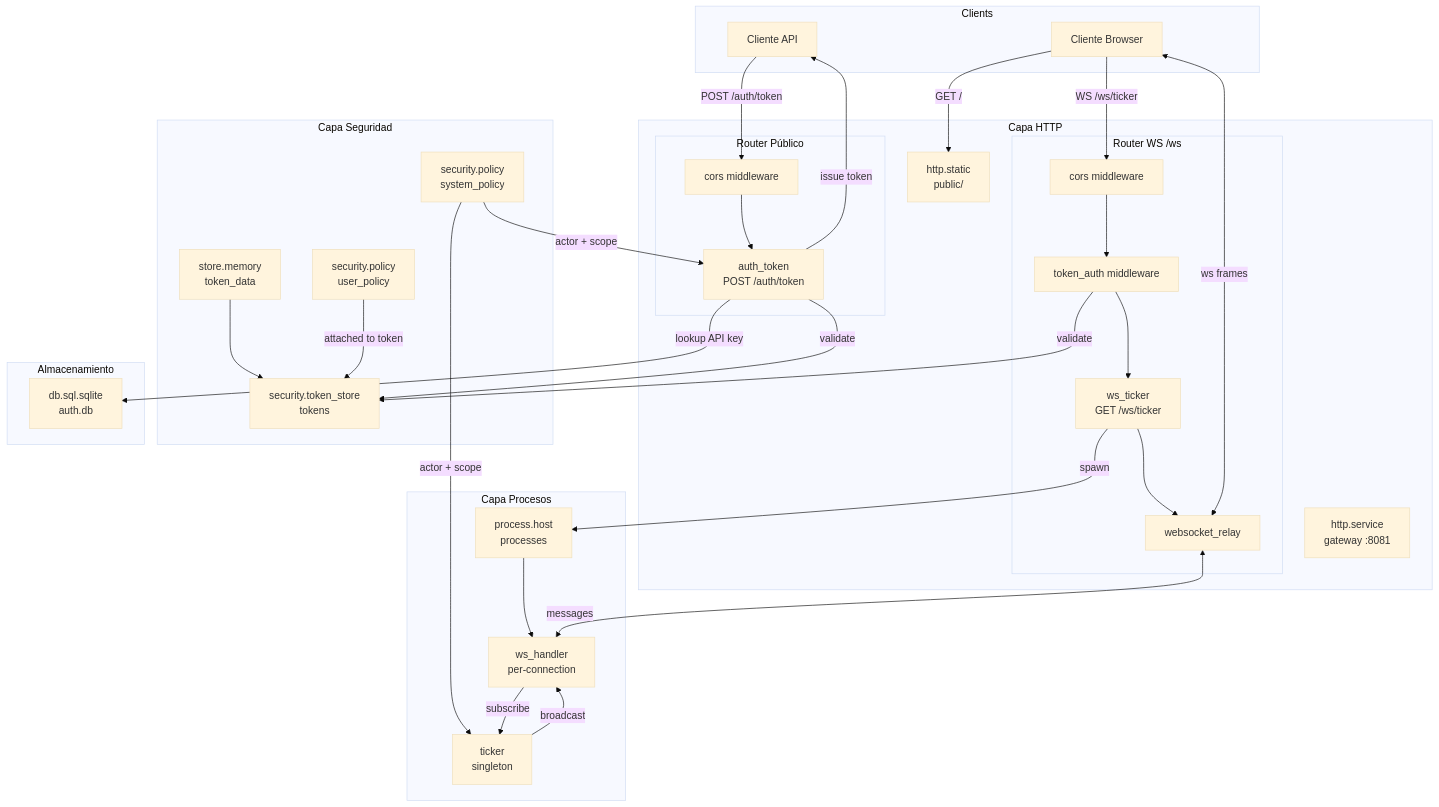
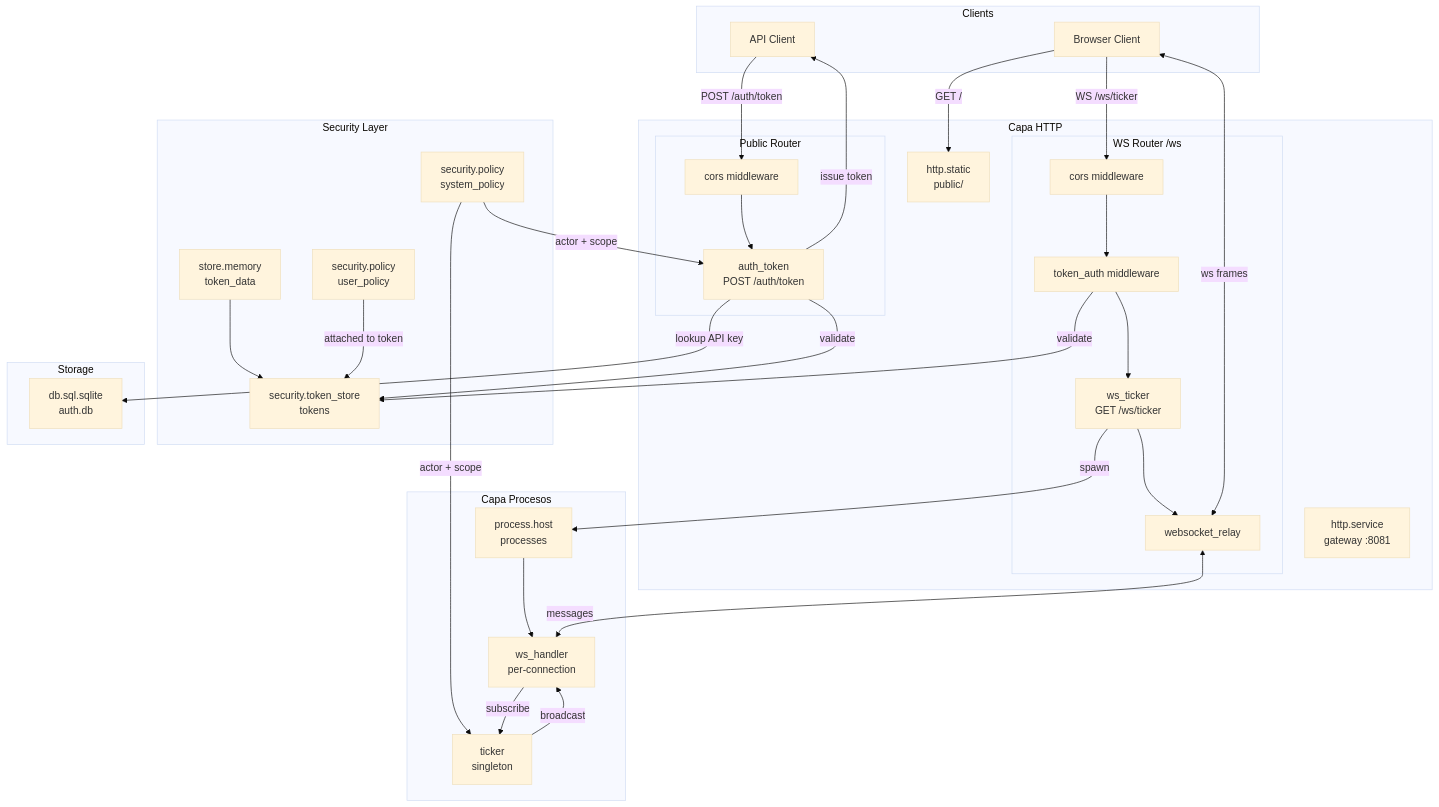
One commit to wippyai/docs changed the diagram in es/tutorials/auth.md. Above: the diagram before and after it, drawn with Mermaid (base theme). The commit also changed other lines of this file and 870 other files, not shown here.

````diff
--- a/es/tutorials/auth.md
+++ b/es/tutorials/auth.md
@@ -36,74 +65,74 @@
 ```mermaid
 flowchart TB
     subgraph Clients
-        Browser[Cliente Browser]
-        API[Cliente API]
+        Browser[Browser Client]
+        API[API Client]
     end
 
     subgraph "Capa HTTP"
         Server[http.service<br/>gateway :8081]
         Static[http.static<br/>public/]
 
-        subgraph "Router Público"
+        subgraph "Public Router"
             CORS1[cors middleware]
             AuthEndpoint[auth_token<br/>POST /auth/token]
         end
 
-        subgraph "Router WS /ws"
+        subgraph "WS Router /ws"
             CORS2[cors middleware]
             TokenAuth[token_auth middleware]
             WSEndpoint[ws_ticker<br/>GET /ws/ticker]
             WSRelay[websocket_relay]
         end
     end
 
-    subgraph "Capa Seguridad"
+    subgraph "Security Layer"
         TokenStore[security.token_store<br/>tokens]
         Policy[security.policy<br/>user_policy]
         SysPolicy[security.policy<br/>system_policy]
         MemStore[store.memory<br/>token_data]
     end
 
-    subgraph "Almacenamiento"
+    subgraph "Storage"
         DB[db.sql.sqlite<br/>auth.db]
     end
 
     subgraph "Capa Procesos"
         Supervisor[process.host<br/>processes]
         WSHandler[ws_handler<br/>per-connection]
         Ticker[ticker<br/>singleton]
     end
 
     %% Conexiones de cliente
     Browser -->|"GET /"| Static
     API -->|"POST /auth/token"| CORS1
     Browser -->|"WS /ws/ticker"| CORS2
 
-    %% Flujo API
+    %% API flow
     CORS1 --> AuthEndpoint
     AuthEndpoint -->|validate| TokenStore
     AuthEndpoint -->|"issue token"| API
 
-    %% Flujo WS
+    %% WS flow
     CORS2 --> TokenAuth
     TokenAuth -->|validate| TokenStore
     TokenAuth --> WSEndpoint
     WSEndpoint -->|spawn| Supervisor
     Supervisor --> WSHandler
     WSEndpoint --> WSRelay
     WSRelay <-->|"messages"| WSHandler
 
-    %% Dependencias del almacén de tokens
+    %% Token store deps
     MemStore --> TokenStore
     Policy -->|attached to token| TokenStore
     SysPolicy -->|"actor + scope"| AuthEndpoint
     SysPolicy -->|"actor + scope"| Ticker
 
-    %% Auth usa DB para API keys
+    %% Auth uses DB for API keys
     AuthEndpoint -->|lookup API key| DB
 
-    %% Comunicación entre procesos
+    %% Process communication
     WSHandler -->|subscribe| Ticker
     Ticker -->|broadcast| WSHandler
     WSRelay <-->|"ws frames"| Browser
 ```
````
